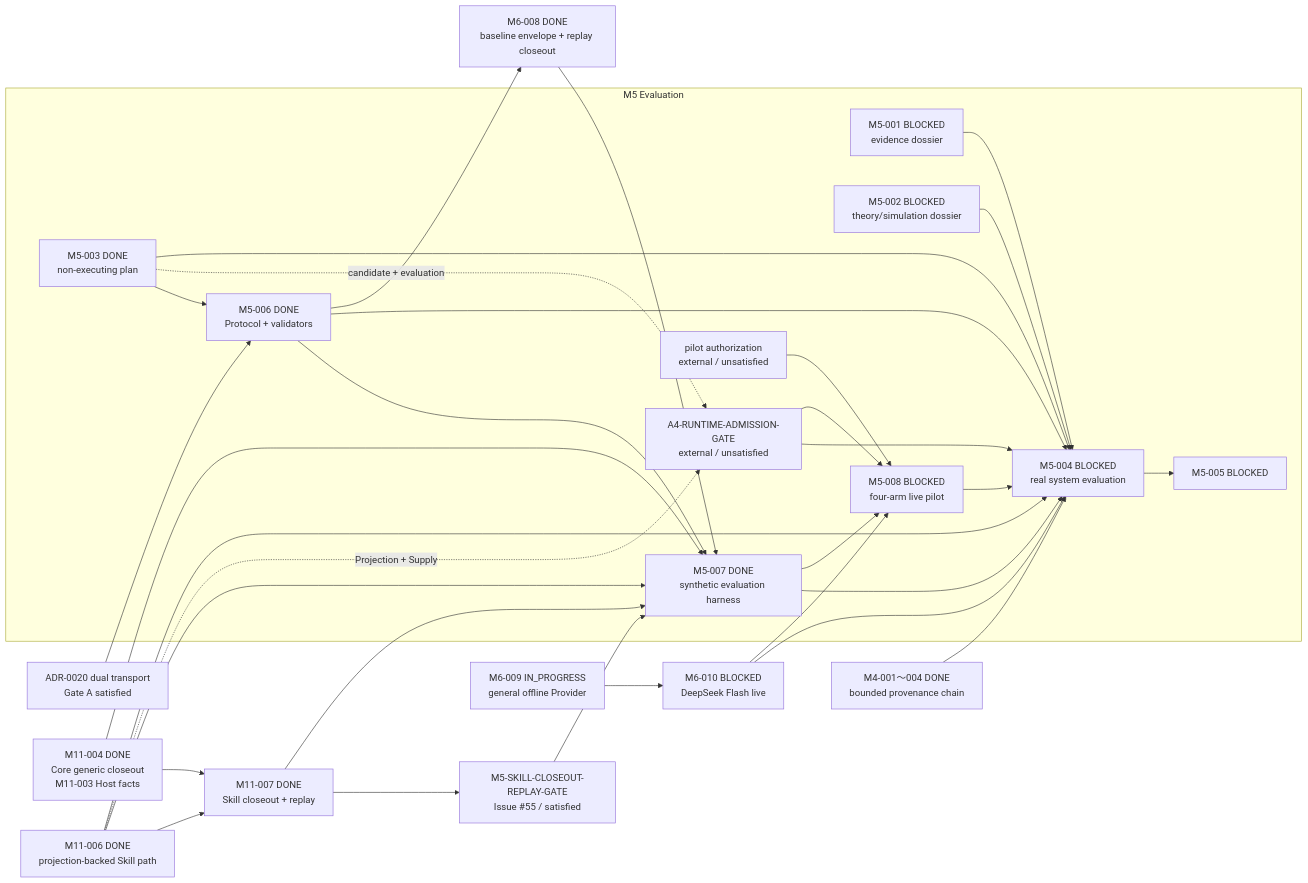
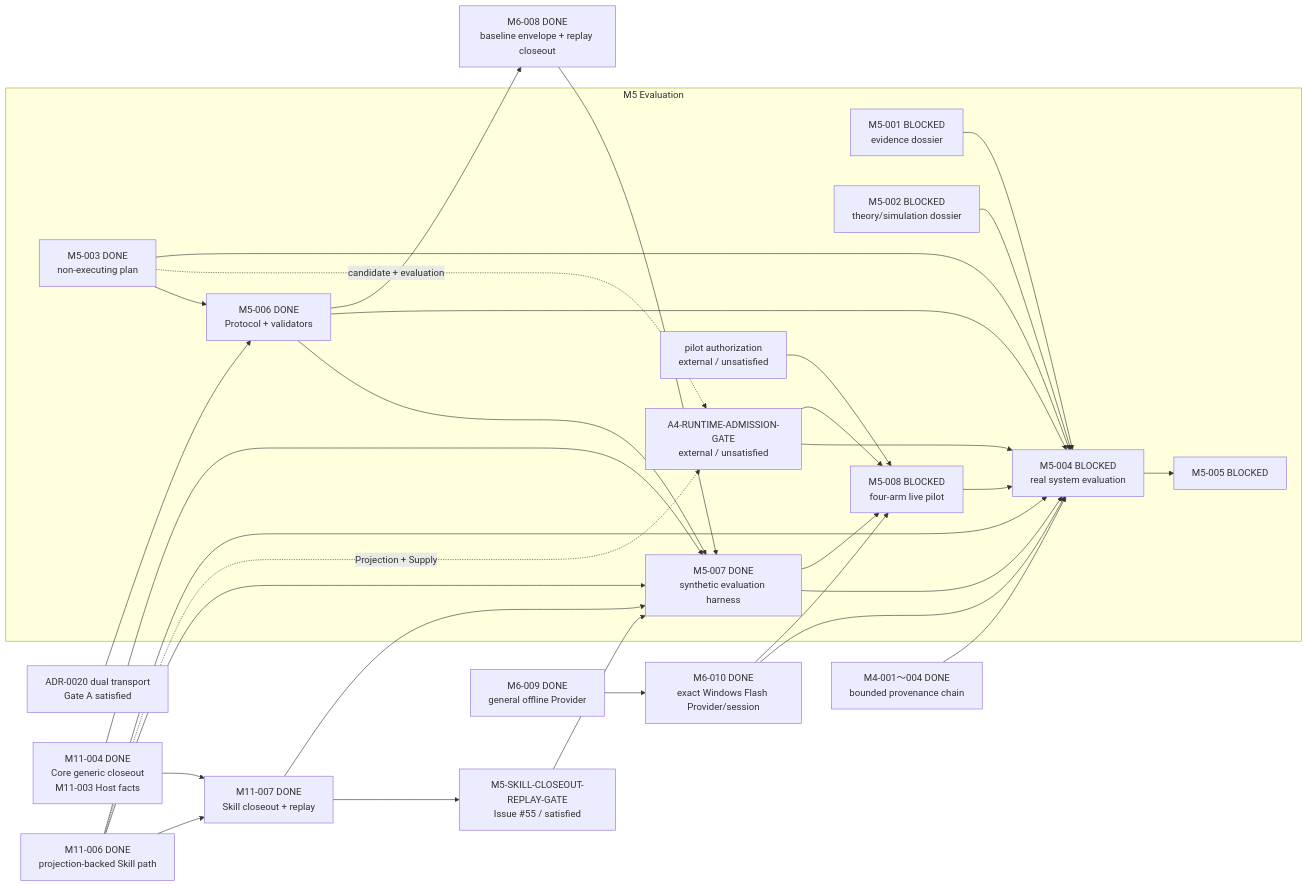
Before and after one commit to Chengyue-Lu/research-agent-workbench: the third of 5 diagrams in docs/M_SERIES_IMPLEMENTATION_MAP.md, drawn with Mermaid. The commit also changed other lines of this file, not shown here.

Commit message:
docs(m6): synchronize accepted Provider navigation

````diff
--- a/docs/M_SERIES_IMPLEMENTATION_MAP.md
+++ b/docs/M_SERIES_IMPLEMENTATION_MAP.md
@@ -99,36 +99,36 @@
 ```mermaid
 flowchart LR
     subgraph M5["M5 Evaluation"]
         M5001["M5-001 BLOCKED<br/>evidence dossier"] --> M5004["M5-004 BLOCKED<br/>real system evaluation"]
         M5002["M5-002 BLOCKED<br/>theory/simulation dossier"] --> M5004
         M5003["M5-003 DONE<br/>non-executing plan"] --> M5006["M5-006 DONE<br/>Protocol + validators"]
         M5006 --> M5007["M5-007 DONE<br/>synthetic evaluation harness"]
         M5003 -. "candidate + evaluation" .-> A4G["A4-RUNTIME-ADMISSION-GATE<br/>external / unsatisfied"]
         A4G --> M5004
         M5003 --> M5004
         M5006 --> M5004
         M5007 --> M5004
         M5007 --> M5008["M5-008 BLOCKED<br/>four-arm live pilot"]
         A4G --> M5008
         PG["pilot authorization<br/>external / unsatisfied"] --> M5008
         M5008 --> M5004
         M5004 --> M5005["M5-005 BLOCKED"]
     end
 
     M4Done["M4-001～004 DONE<br/>bounded provenance chain"] --> M5004
     BTG["ADR-0020 dual transport<br/>Gate A satisfied"] --> M5006
     M5006 --> M6008["M6-008 DONE<br/>baseline envelope + replay closeout"]
     M6008 --> M5007
     M1104["M11-004 DONE<br/>Core generic closeout<br/>M11-003 Host facts"] --> M5007
     M1106["M11-006 DONE<br/>projection-backed Skill path"] --> M5007
     M1104 --> M1107["M11-007 DONE<br/>Skill closeout + replay"]
     M1106 --> M1107
     M1107 --> M5007
     M1107 --> SCG
     SCG["M5-SKILL-CLOSEOUT-REPLAY-GATE<br/>Issue #55 / satisfied"] --> M5007
     M1106 -. "Projection + Supply" .-> A4G
     M1106 --> M5004
-    M6009["M6-009 IN_PROGRESS<br/>general offline Provider"] --> M6010["M6-010 BLOCKED<br/>DeepSeek Flash live"]
+    M6009["M6-009 DONE<br/>general offline Provider"] --> M6010["M6-010 DONE<br/>exact Windows Flash Provider/session"]
     M6010 --> M5004
     M6010 --> M5008
 ```
````
